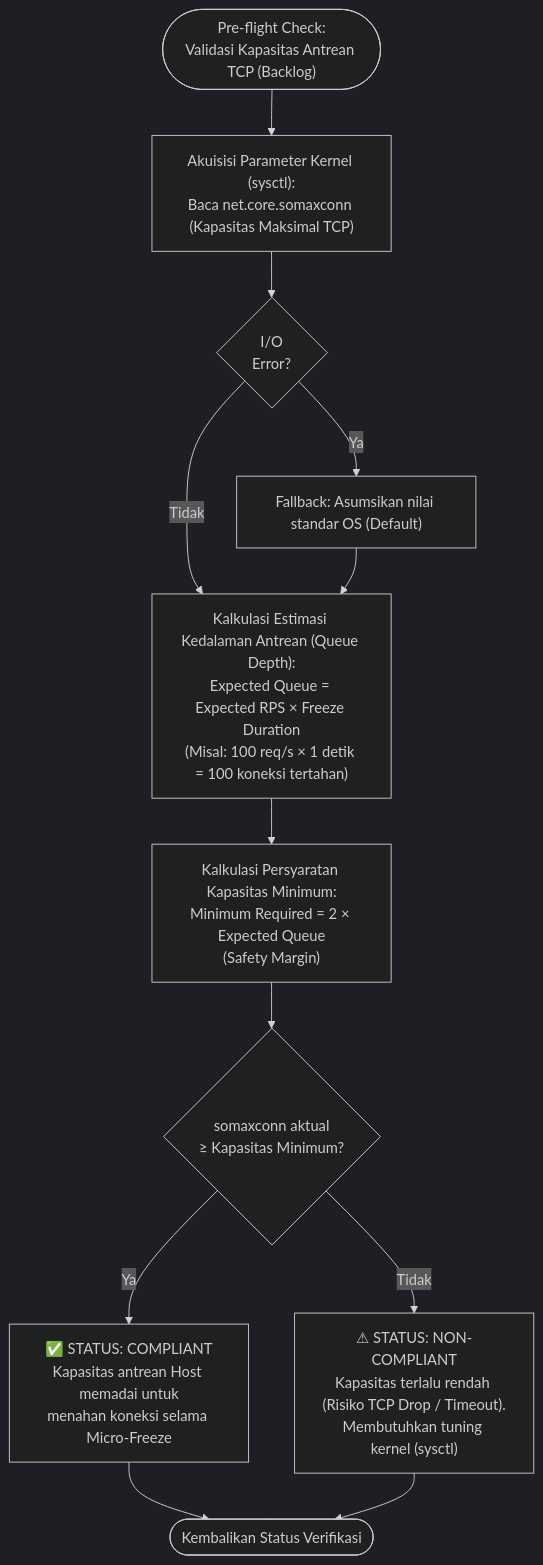
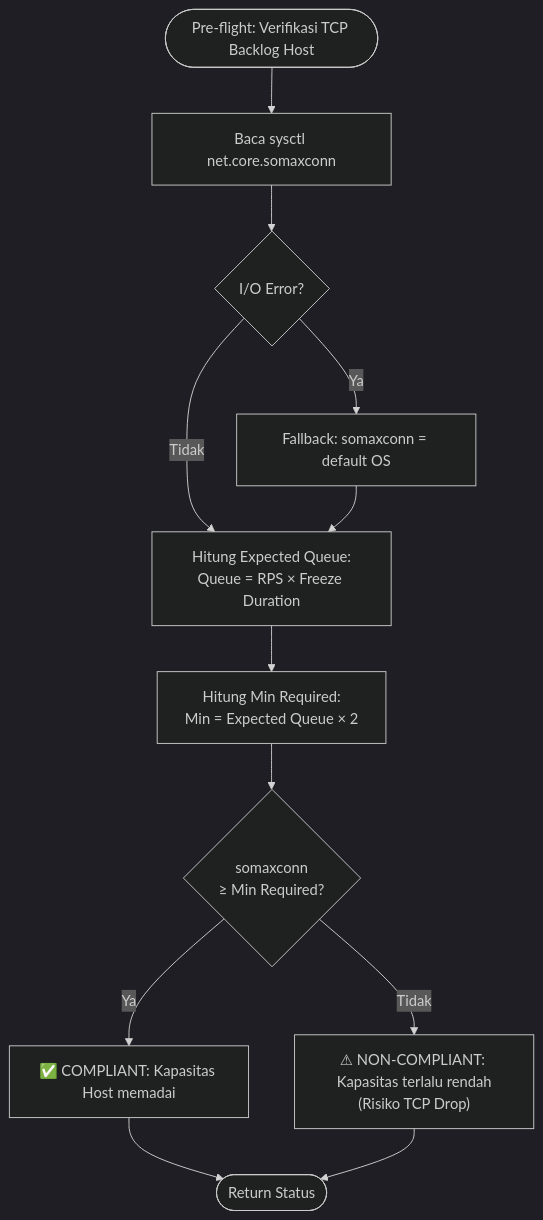
One commit to fauzanreza/green-container-framework changed the second of 3 diagrams in architecture-diagrams/layer-4-shaper/03_tcp_backlog.md. Above: the diagram before and after it, drawn with Mermaid (dark theme). The commit also changed other lines of this file and 13 other files, not shown here.

Commit message:
edit fitur, menambahkan Architecture Diagram

````diff
--- a/architecture-diagrams/layer-4-shaper/03_tcp_backlog.md
+++ b/architecture-diagrams/layer-4-shaper/03_tcp_backlog.md
@@ -96,29 +73,29 @@
 ```mermaid
 flowchart TD
-    START(["Pre-flight Check:<br/>Validasi Kapasitas Antrean TCP (Backlog)"])
+    START(["Pre-flight: Verifikasi TCP Backlog Host"])
 
-    BACA["Akuisisi Parameter Kernel (sysctl):<br/>Baca net.core.somaxconn (Kapasitas Maksimal TCP)"]
-    GAGAL{"I/O<br/>Error?"}
-    ASUMSI["Fallback: Asumsikan nilai standar OS (Default)"]
+    BACA["Baca sysctl net.core.somaxconn"]
+    GAGAL{"I/O Error?"}
+    ASUMSI["Fallback: somaxconn = default OS"]
 
-    HITUNG_PAKET["Kalkulasi Estimasi Kedalaman Antrean (Queue Depth):<br/>Expected Queue = Expected RPS × Freeze Duration<br/>(Misal: 100 req/s × 1 detik = 100 koneksi tertahan)"]
-    HITUNG_MINIMAL["Kalkulasi Persyaratan Kapasitas Minimum:<br/>Minimum Required = 2 × Expected Queue<br/>(Safety Margin)"]
+    HITUNG_PAKET["Hitung Expected Queue:<br/>Queue = RPS × Freeze Duration"]
+    HITUNG_MINIMAL["Hitung Min Required:<br/>Min = Expected Queue × 2"]
 
-    CUKUP{"somaxconn aktual<br/>≥ Kapasitas Minimum?"}
-    AMAN["✅ STATUS: COMPLIANT<br/>Kapasitas antrean Host memadai untuk<br/>menahan koneksi selama Micro-Freeze"]
-    BAHAYA["⚠ STATUS: NON-COMPLIANT<br/>Kapasitas terlalu rendah (Risiko TCP Drop / Timeout).<br/>Membutuhkan tuning kernel (sysctl)"]
+    CUKUP{"somaxconn<br/>≥ Min Required?"}
+    AMAN["✅ COMPLIANT: Kapasitas Host memadai"]
+    BAHAYA["⚠ NON-COMPLIANT: Kapasitas terlalu rendah<br/>(Risiko TCP Drop)"]
 
-    SELESAI(["Kembalikan Status Verifikasi"])
+    SELESAI(["Return Status"])
 
     START --> BACA
     BACA --> GAGAL
     GAGAL -->|Ya| ASUMSI
     GAGAL -->|Tidak| HITUNG_PAKET
     ASUMSI --> HITUNG_PAKET
     HITUNG_PAKET --> HITUNG_MINIMAL
     HITUNG_MINIMAL --> CUKUP
     CUKUP -->|Ya| AMAN
     CUKUP -->|Tidak| BAHAYA
     AMAN --> SELESAI
     BAHAYA --> SELESAI
 ```
````
